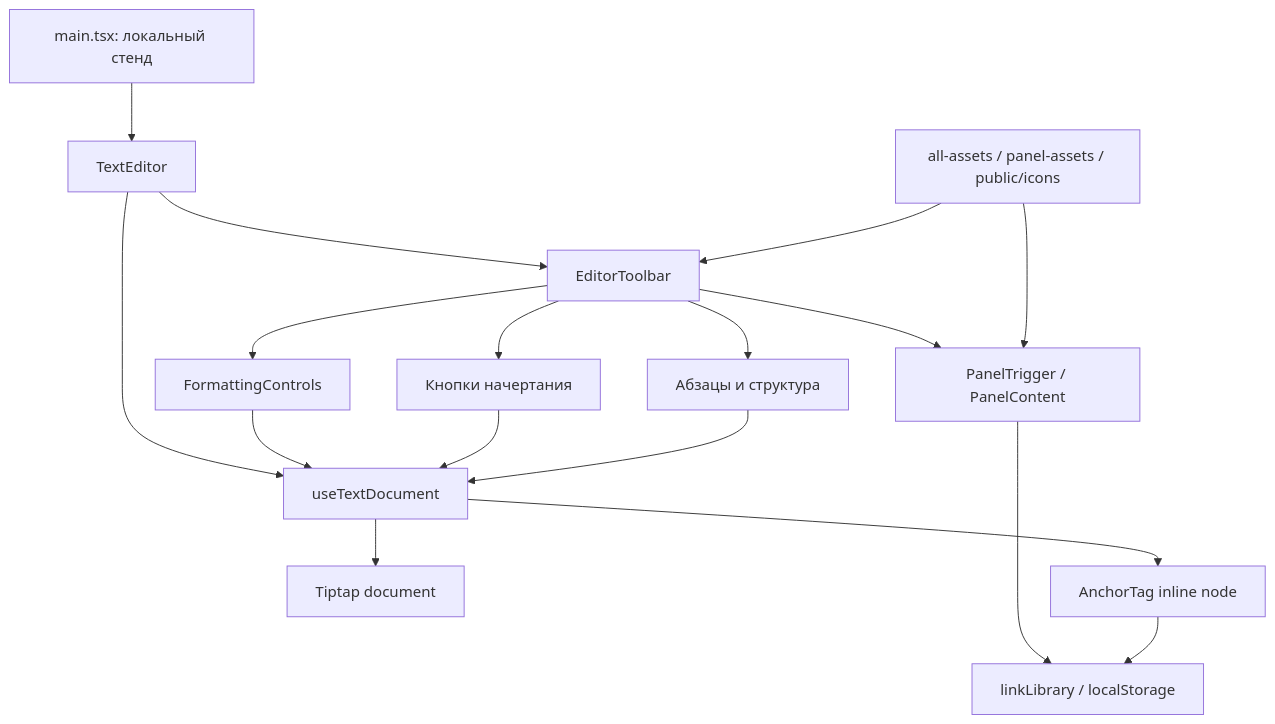
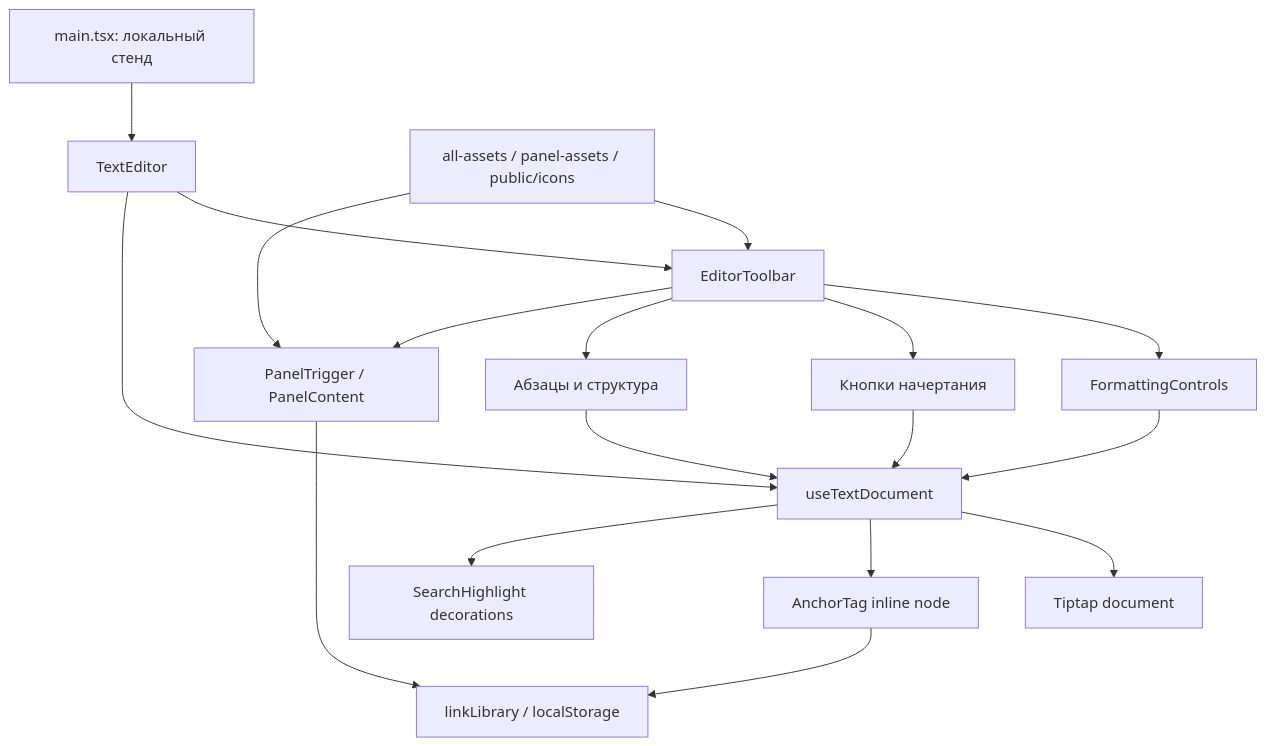
Before and after one commit to mishavorobyou-spec/b2b-text-editor: the diagram in Карта_Проекта.md, drawn with Mermaid. The commit also changed other lines of this file and 11 other files, not shown here.

````diff
--- a/Карта_Проекта.md
+++ b/Карта_Проекта.md
@@ -5,19 +5,20 @@
 ```mermaid
 flowchart TD
     Main[main.tsx: локальный стенд] --> Editor[TextEditor]
     Editor --> Toolbar[EditorToolbar]
     Editor --> Hook[useTextDocument]
     Hook --> Tiptap[Tiptap document]
     Hook --> AnchorTag[AnchorTag inline node]
+    Hook --> Search[SearchHighlight decorations]
     Toolbar --> Formatting[FormattingControls]
     Toolbar --> Inline[Кнопки начертания]
     Toolbar --> Paragraphs[Абзацы и структура]
     Toolbar --> Panels[PanelTrigger / PanelContent]
     Panels --> Library[linkLibrary / localStorage]
     AnchorTag --> Library
     Formatting --> Hook
     Inline --> Hook
     Paragraphs --> Hook
     Assets[all-assets / panel-assets / public/icons] --> Toolbar
     Assets --> Panels
 ```
````
